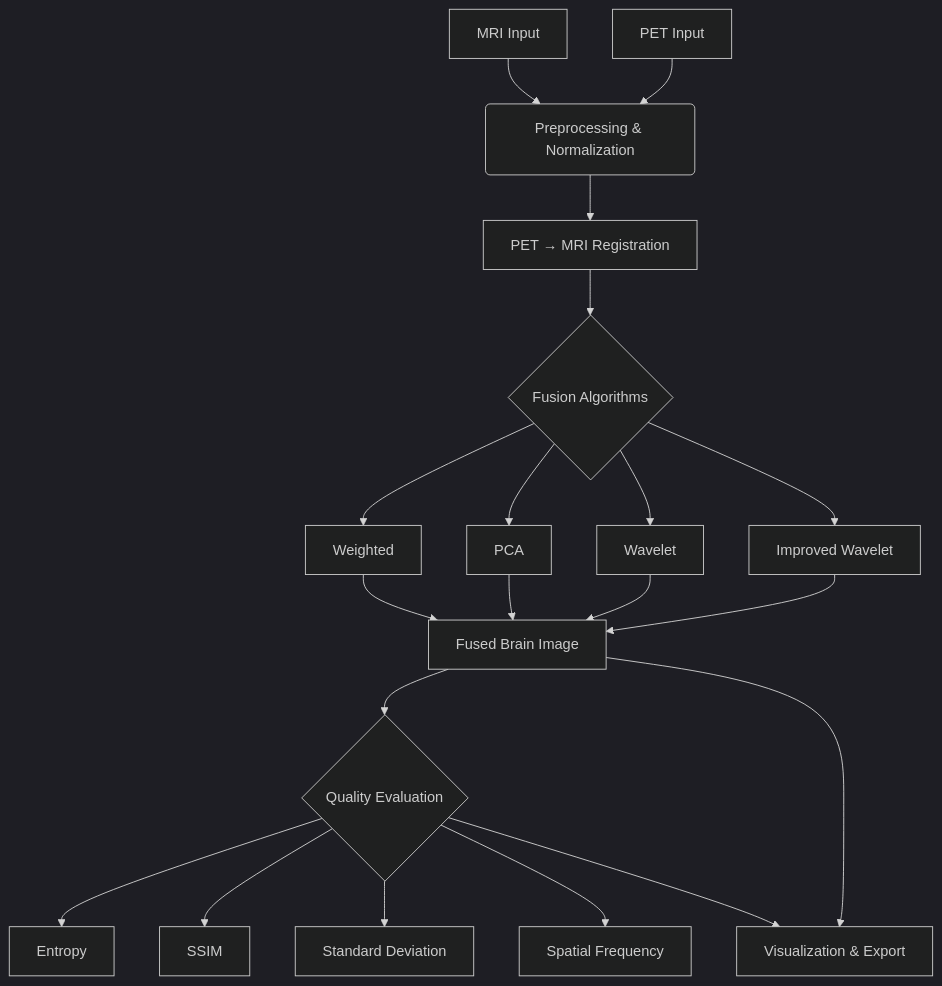
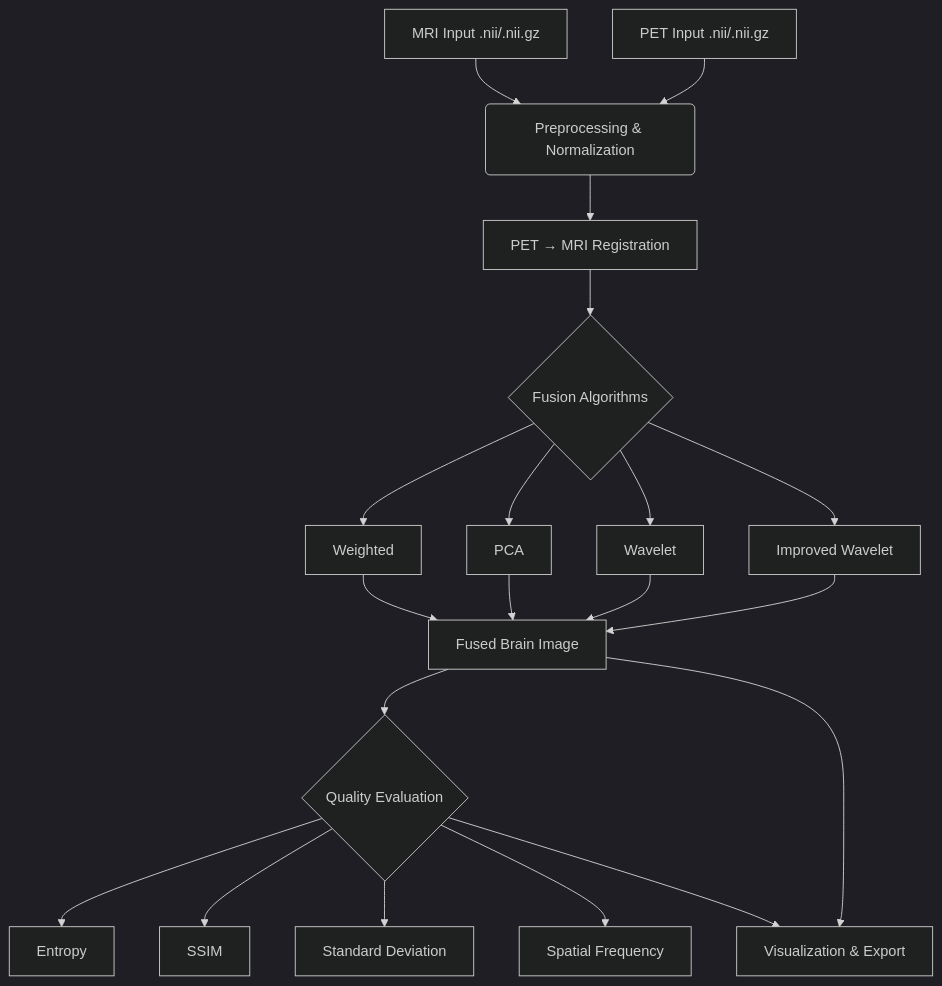
Before and after one commit to MallikarjunaTec/PET_MRI_Fusion: the diagram in README.md, drawn with Mermaid (dark theme). The commit also changed other lines of this file and 38 other files, not shown here.

````diff
--- a/README.md
+++ b/README.md
@@ -32,22 +36,22 @@
 ```mermaid
 graph TD
-    A[MRI Input] --> C(Preprocessing & Normalization)
-    B[PET Input] --> C
+    A[MRI Input .nii/.nii.gz] --> C(Preprocessing & Normalization)
+    B[PET Input .nii/.nii.gz] --> C
     C --> D[PET → MRI Registration]
     D --> E{Fusion Algorithms}
     E --> F[Weighted]
     E --> G[PCA]
     E --> H[Wavelet]
     E --> I[Improved Wavelet]
     F --> J[Fused Brain Image]
     G --> J
     H --> J
     I --> J
     J --> K{Quality Evaluation}
     K --> L[Entropy]
     K --> M[SSIM]
     K --> N[Standard Deviation]
     K --> O[Spatial Frequency]
     J --> P[Visualization & Export]
     K --> P
 ```
````
